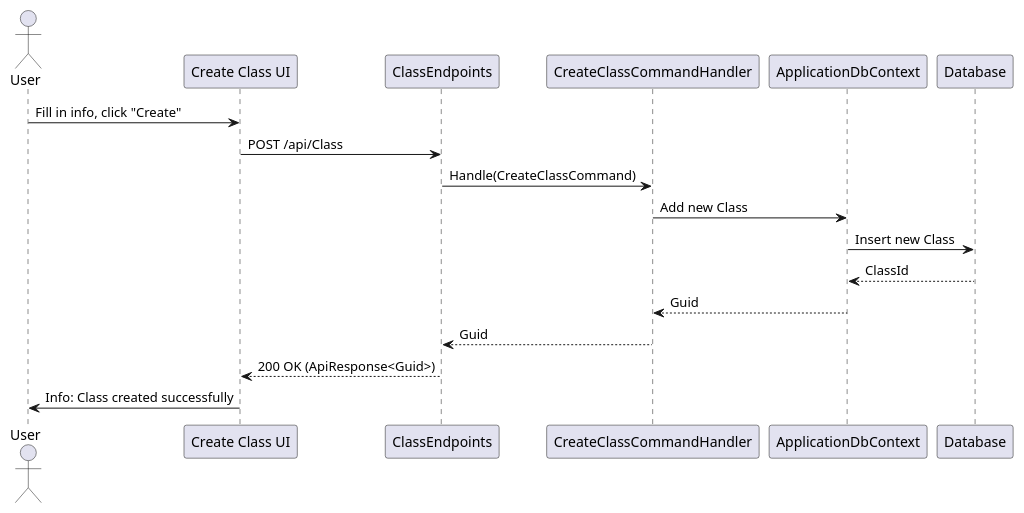
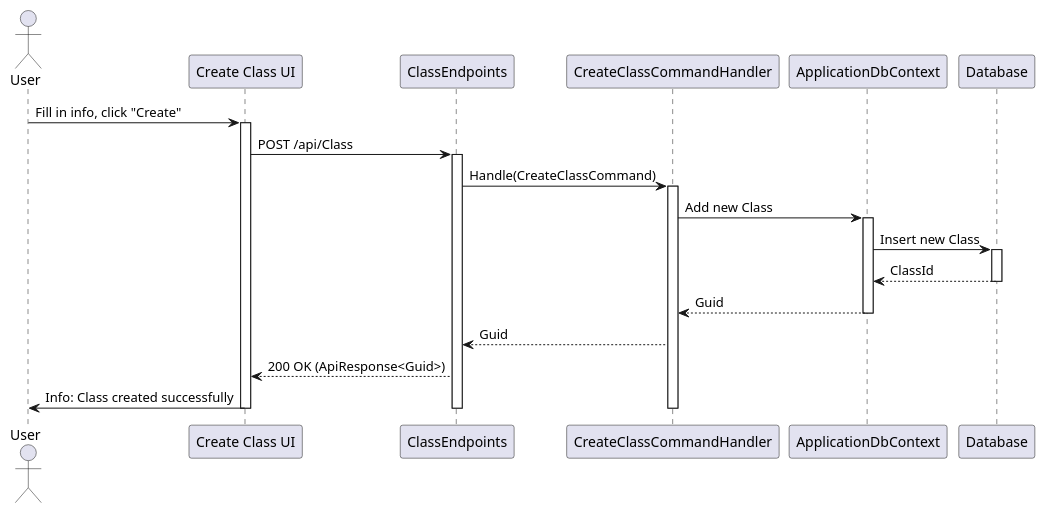
One commit to thanhkhac/SEP_Diagram changed the diagram in classes/Sequence/CreateClassCommand.puml. Above: the diagram before and after it, drawn with PlantUML. The commit also changed 17 other files, not shown here.

Commit message:
Add UI and endpoint activation/deactivation to sequence diagrams

```diff
--- a/classes/Sequence/CreateClassCommand.puml
+++ b/classes/Sequence/CreateClassCommand.puml
@@ -1,20 +1,29 @@
 @startuml
 actor User
 participant "Create Class UI" as UI
 participant ClassEndpoints
 participant CreateClassCommandHandler as Handler
 participant ApplicationDbContext
 participant Database
 
 User -> UI : Fill in info, click "Create"
+activate UI
 UI -> ClassEndpoints : POST /api/Class
+activate ClassEndpoints
 ClassEndpoints -> Handler : Handle(CreateClassCommand)
+activate Handler
 Handler -> ApplicationDbContext : Add new Class
+activate ApplicationDbContext
 ApplicationDbContext -> Database : Insert new Class
+activate Database
 Database --> ApplicationDbContext : ClassId
+deactivate Database
 ApplicationDbContext --> Handler : Guid
+deactivate ApplicationDbContext
 Handler --> ClassEndpoints : Guid
 ClassEndpoints --> UI : 200 OK (ApiResponse<Guid>)
 UI -> User : Info: Class created successfully
-
+deactivate Handler
+deactivate ClassEndpoints
+deactivate UI
 @enduml
```
